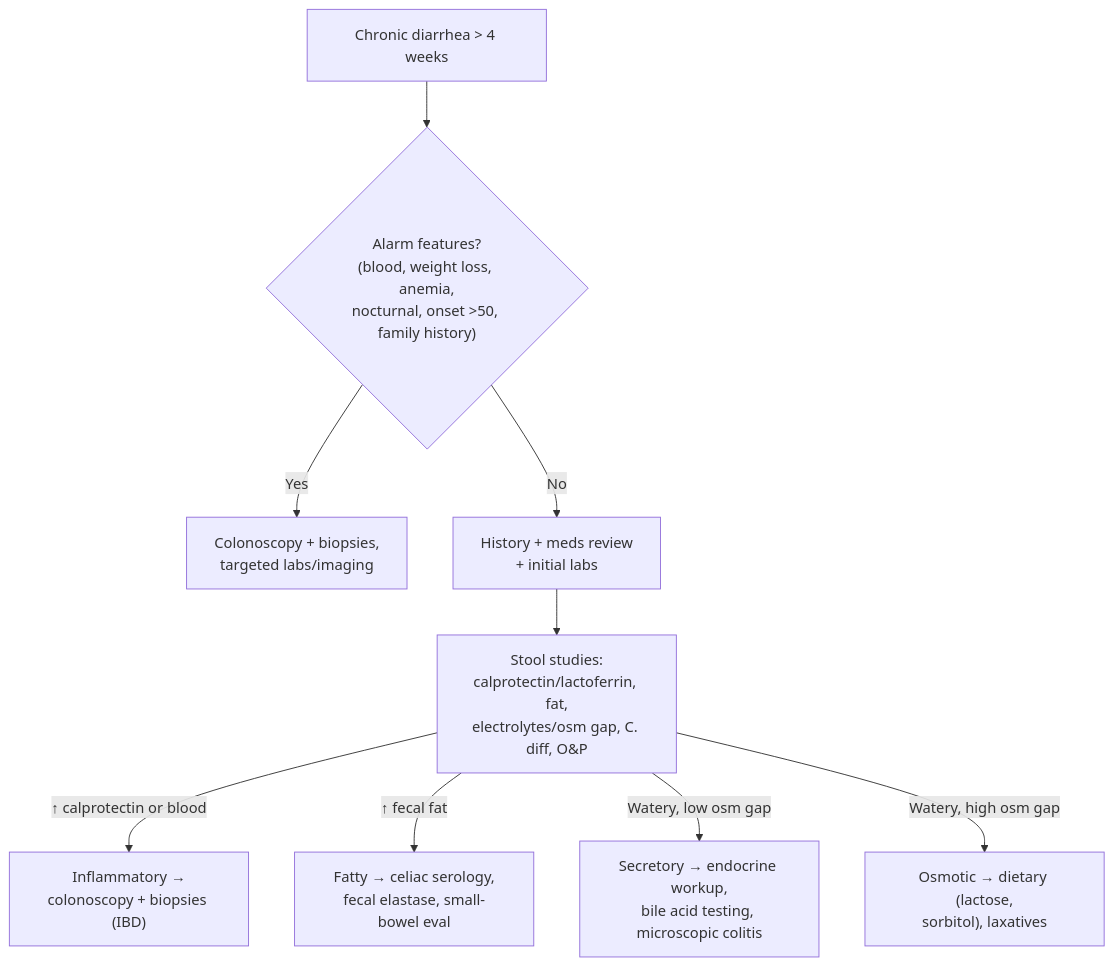
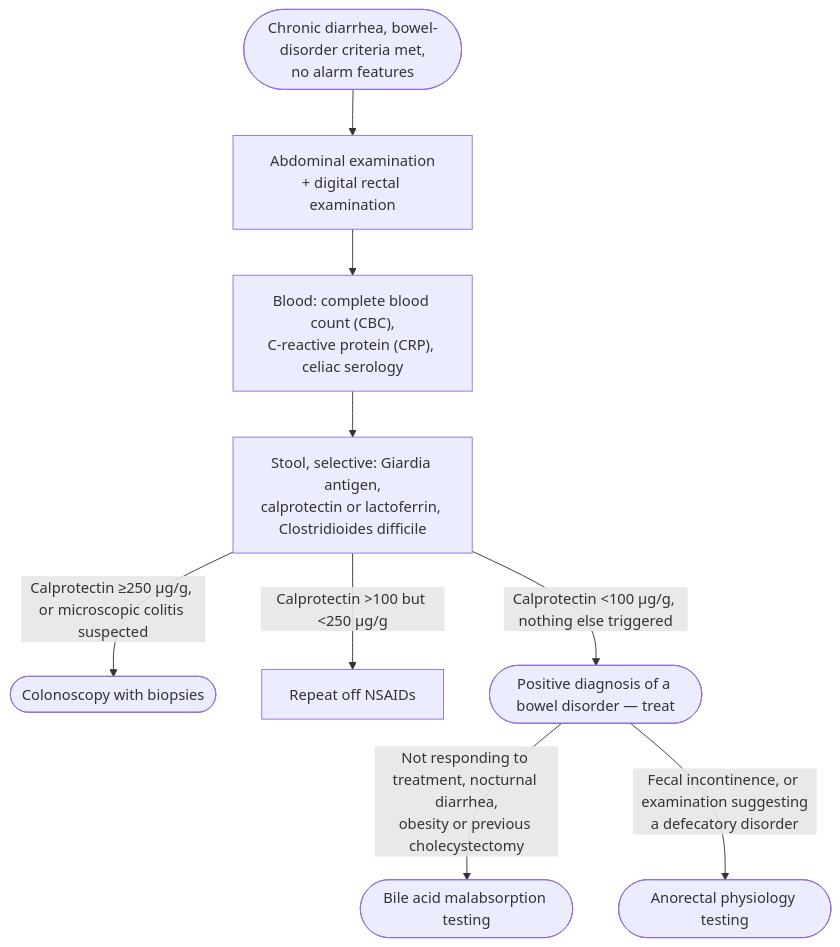
Before and after one commit to KHNickLeMD/KHNL-GI-Wiki: the diagram in KHNL-GI-Wiki/wiki/2-diagnostic-schemas/chronic-diarrhea.md, drawn with Mermaid. The commit also changed other lines of this file and 7 other files, not shown here.

````diff
--- a/KHNL-GI-Wiki/wiki/2-diagnostic-schemas/chronic-diarrhea.md
+++ b/KHNL-GI-Wiki/wiki/2-diagnostic-schemas/chronic-diarrhea.md
@@ -91,11 +114,14 @@
 ```mermaid
 flowchart TD
-    A["Chronic diarrhea > 4 weeks"] --> B{"Alarm features?<br/>(blood, weight loss, anemia,<br/>nocturnal, onset >50, family history)"}
-    B -->|Yes| C["Colonoscopy + biopsies,<br/>targeted labs/imaging"]
-    B -->|No| D["History + meds review<br/>+ initial labs"]
-    D --> E["Stool studies:<br/>calprotectin/lactoferrin, fat,<br/>electrolytes/osm gap, C. diff, O&P"]
-    E -->|"↑ calprotectin or blood"| F["Inflammatory →<br/>colonoscopy + biopsies (IBD)"]
-    E -->|"↑ fecal fat"| G["Fatty → celiac serology,<br/>fecal elastase, small-bowel eval"]
-    E -->|"Watery, low osm gap"| H["Secretory → endocrine workup,<br/>bile acid testing, microscopic colitis"]
-    E -->|"Watery, high osm gap"| I["Osmotic → dietary (lactose,<br/>sorbitol), laxatives"]
+    A(["Chronic diarrhea, bowel-disorder criteria met,<br/>no alarm features"]) --> B["Abdominal examination<br/>+ digital rectal examination"]
+    B --> C["Blood: complete blood count (CBC),<br/>C-reactive protein (CRP), celiac serology"]
+    C --> D["Stool, selective: Giardia antigen,<br/>calprotectin or lactoferrin, Clostridioides difficile"]
+    D -- "Calprotectin ≥250 µg/g, or microscopic colitis suspected" --> E(["Colonoscopy with biopsies"])
+    D -- "Calprotectin >100 but <250 µg/g" --> F["Repeat off NSAIDs"]
+    D -- "Calprotectin <100 µg/g, nothing else triggered" --> G(["Positive diagnosis of a bowel disorder — treat"])
+    G -- "Not responding to treatment, nocturnal diarrhea,<br/>obesity or previous cholecystectomy" --> H(["Bile acid malabsorption testing"])
+    G -- "Fecal incontinence, or examination suggesting<br/>a defecatory disorder" --> I(["Anorectal physiology testing"])
+    class A start
+    class B,C,D,F test
+    class E,G,H,I act
 ```
````
